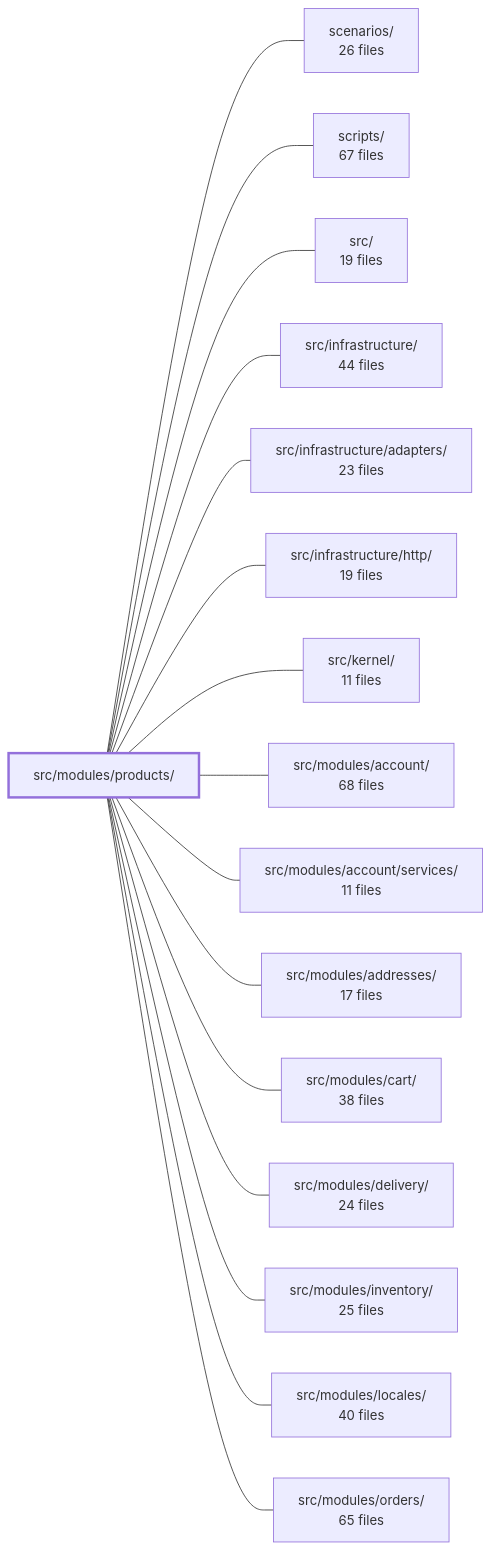
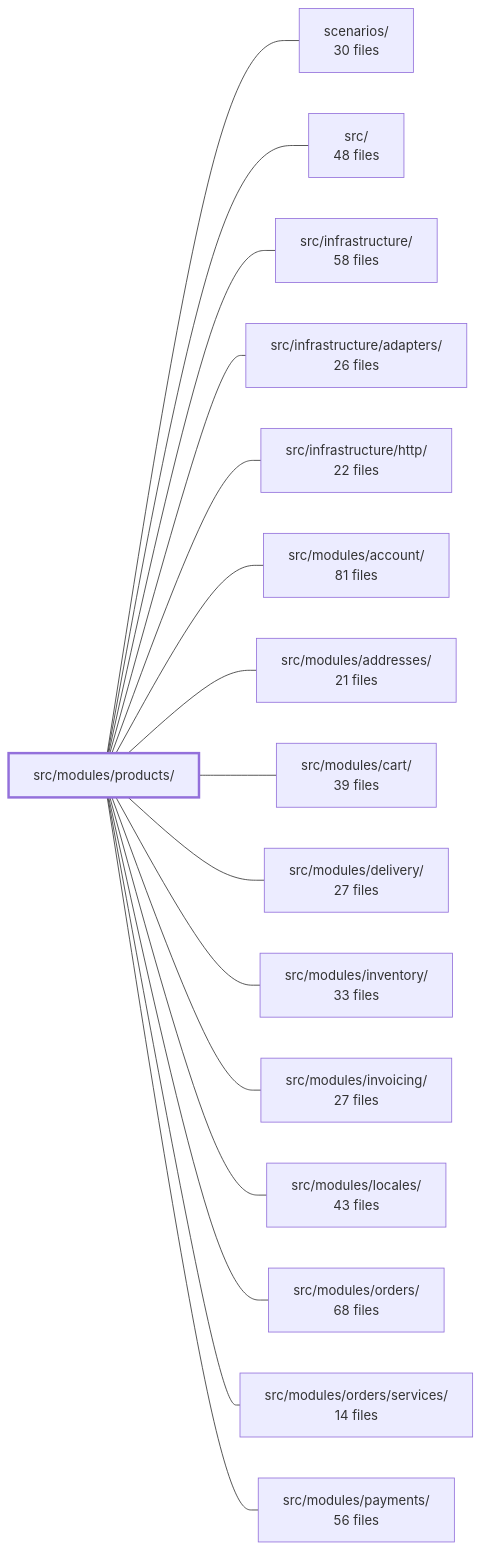
The diagram in .2brain/modules/boilerplate-node-backend_src_modules_products.md (Guebbit/boilerplate-node-backend), drawn with Mermaid before and after one commit. The commit also changed other lines of this file and 187 other files, not shown here.

````diff
--- a/.2brain/modules/boilerplate-node-backend_src_modules_products.md
+++ b/.2brain/modules/boilerplate-node-backend_src_modules_products.md
@@ -46,35 +44,35 @@
 ```mermaid
 flowchart LR
     m_src_modules_products["src/modules/products/"]
-    m_scenarios["scenarios/<br/>26 files"]
-    m_scripts["scripts/<br/>67 files"]
-    m_src["src/<br/>19 files"]
-    m_src_infrastructure["src/infrastructure/<br/>44 files"]
-    m_src_infrastructure_adapters["src/infrastructure/adapters/<br/>23 files"]
-    m_src_infrastructure_http["src/infrastructure/http/<br/>19 files"]
-    m_src_kernel["src/kernel/<br/>11 files"]
-    m_src_modules_account["src/modules/account/<br/>68 files"]
-    m_src_modules_account_services["src/modules/account/services/<br/>11 files"]
-    m_src_modules_addresses["src/modules/addresses/<br/>17 files"]
-    m_src_modules_cart["src/modules/cart/<br/>38 files"]
-    m_src_modules_delivery["src/modules/delivery/<br/>24 files"]
-    m_src_modules_inventory["src/modules/inventory/<br/>25 files"]
-    m_src_modules_locales["src/modules/locales/<br/>40 files"]
-    m_src_modules_orders["src/modules/orders/<br/>65 files"]
+    m_scenarios["scenarios/<br/>30 files"]
+    m_src["src/<br/>48 files"]
+    m_src_infrastructure["src/infrastructure/<br/>58 files"]
+    m_src_infrastructure_adapters["src/infrastructure/adapters/<br/>26 files"]
+    m_src_infrastructure_http["src/infrastructure/http/<br/>22 files"]
+    m_src_modules_account["src/modules/account/<br/>81 files"]
+    m_src_modules_addresses["src/modules/addresses/<br/>21 files"]
+    m_src_modules_cart["src/modules/cart/<br/>39 files"]
+    m_src_modules_delivery["src/modules/delivery/<br/>27 files"]
+    m_src_modules_inventory["src/modules/inventory/<br/>33 files"]
+    m_src_modules_invoicing["src/modules/invoicing/<br/>27 files"]
+    m_src_modules_locales["src/modules/locales/<br/>43 files"]
+    m_src_modules_orders["src/modules/orders/<br/>68 files"]
+    m_src_modules_orders_services["src/modules/orders/services/<br/>14 files"]
+    m_src_modules_payments["src/modules/payments/<br/>56 files"]
     m_src_modules_products --- m_scenarios
-    m_src_modules_products --- m_scripts
     m_src_modules_products --- m_src
     m_src_modules_products --- m_src_infrastructure
     m_src_modules_products --- m_src_infrastructure_adapters
     m_src_modules_products --- m_src_infrastructure_http
-    m_src_modules_products --- m_src_kernel
     m_src_modules_products --- m_src_modules_account
-    m_src_modules_products --- m_src_modules_account_services
     m_src_modules_products --- m_src_modules_addresses
     m_src_modules_products --- m_src_modules_cart
     m_src_modules_products --- m_src_modules_delivery
     m_src_modules_products --- m_src_modules_inventory
+    m_src_modules_products --- m_src_modules_invoicing
     m_src_modules_products --- m_src_modules_locales
     m_src_modules_products --- m_src_modules_orders
+    m_src_modules_products --- m_src_modules_orders_services
+    m_src_modules_products --- m_src_modules_payments
     style m_src_modules_products stroke-width:3px
 ```
````
